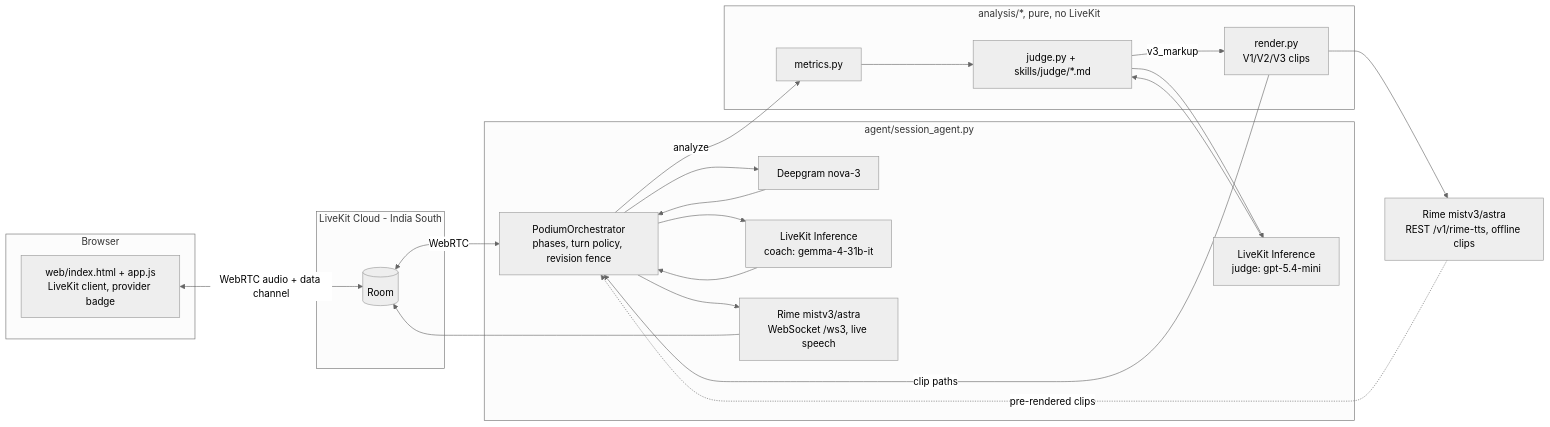
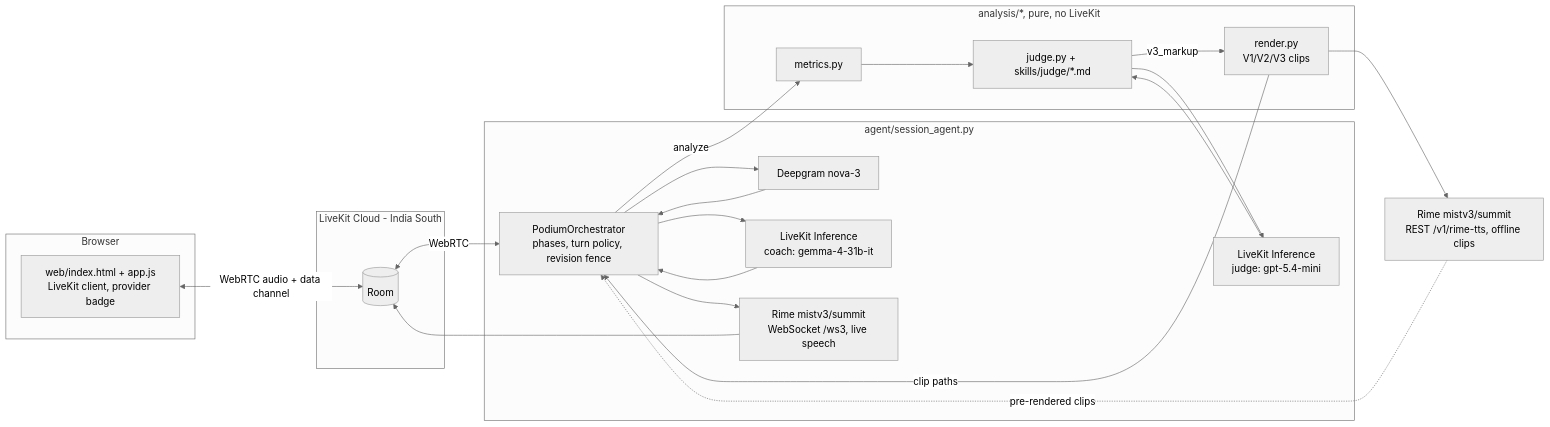
Before and after one commit to Manishprsd563/podium: the diagram in README.md, drawn with Mermaid (neutral theme). The commit also changed other lines of this file and 11 other files, not shown here.

First line of the commit message:
Coach voice: Rime mistv3 'summit' (flagship male, friendly and clear)

````diff
--- a/README.md
+++ b/README.md
@@ -73,33 +73,33 @@
 ```mermaid
 flowchart LR
   subgraph Browser
     UI[web/index.html + app.js\nLiveKit client, provider badge]
   end
   subgraph LiveKitCloud[LiveKit Cloud - India South]
     Room[(Room)]
   end
   subgraph AgentProcess[agent/session_agent.py]
     Orch[PodiumOrchestrator\nphases, turn policy, revision fence]
     STT[Deepgram nova-3]
     LLM1[LiveKit Inference\ncoach: gemma-4-31b-it]
     LLM2[LiveKit Inference\njudge: gpt-5.4-mini]
-    TTS_WS[Rime mistv3/astra\nWebSocket /ws3, live speech]
+    TTS_WS[Rime mistv3/summit\nWebSocket /ws3, live speech]
   end
   subgraph Analysis[analysis/*, pure, no LiveKit]
     Metrics[metrics.py]
     Judge[judge.py + skills/judge/*.md]
     Render[render.py\nV1/V2/V3 clips]
   end
-  TTS_REST[Rime mistv3/astra\nREST /v1/rime-tts, offline clips]
+  TTS_REST[Rime mistv3/summit\nREST /v1/rime-tts, offline clips]
 
   UI <-- WebRTC audio + data channel --> Room
   Room <-- WebRTC --> Orch
   Orch --> STT --> Orch
   Orch --> LLM1 --> Orch
   Orch -->|analyze| Metrics --> Judge
   Judge --> LLM2 --> Judge
   Judge -->|v3_markup| Render --> TTS_REST
   Render -->|clip paths| Orch
   Orch --> TTS_WS --> Room
   TTS_REST -.pre-rendered clips.-> Orch
 ```
````
